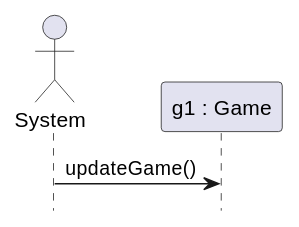
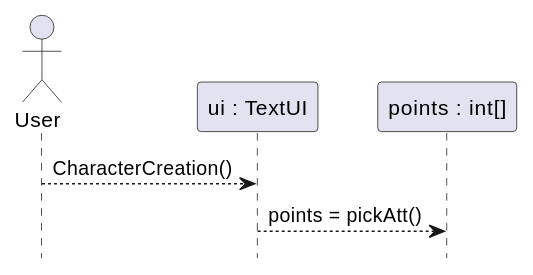
The fourth of 7 diagrams in doc/design.md (dgoldman30/Dungeon_Crawler), drawn with PlantUML before and after one commit. The commit also changed other lines of this file and 4 other files, not shown here.

````diff
--- a/doc/design.md
+++ b/doc/design.md
@@ -128,10 +117,13 @@
 ```plantuml
+
 @startuml
-
 hide footbox
 
-actor System
-participant "g1 : Game" as Game
-System -> Game : updateGame()
+actor User
+participant "ui : TextUI" as ui
+participant "points : int[]" as points
+
+User --> ui : CharacterCreation()
+ui --> points : points = pickAtt()
 @enduml
 ```
````
